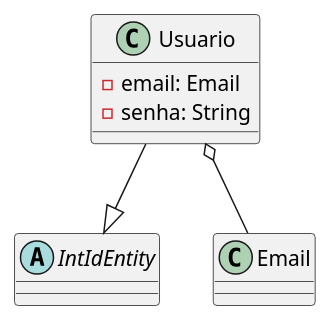
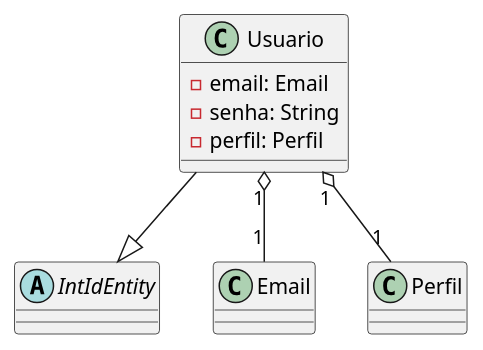
One commit to Wesley0010012/DSMA-Requisitos changed the diagram in docs/classes/core/usuarios/domain/main.puml. Above: the diagram before and after it, drawn with PlantUML.

Commit message:
refactor: redefine relacionamentos e define perfil

```diff
--- a/docs/classes/core/usuarios/domain/main.puml
+++ b/docs/classes/core/usuarios/domain/main.puml
@@ -1,15 +1,18 @@
 @startuml "Domínio - Módulo de Usuários"
 
 abstract IntIdEntity
 class Email
+class Perfil
 
 class Usuario {
     - email: Email
     - senha: String
+    - perfil: Perfil
 }
 
 Usuario --|> IntIdEntity
 
-Usuario o-- Email
+Usuario "1" o-- "1" Email
+Usuario "1" o-- "1" Perfil
 
 @enduml
```
